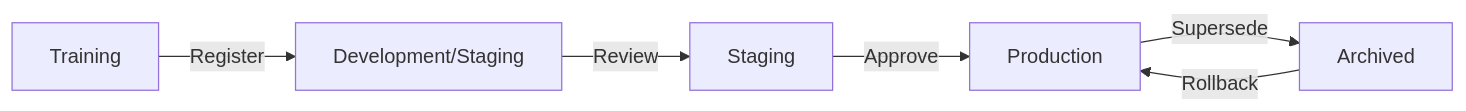
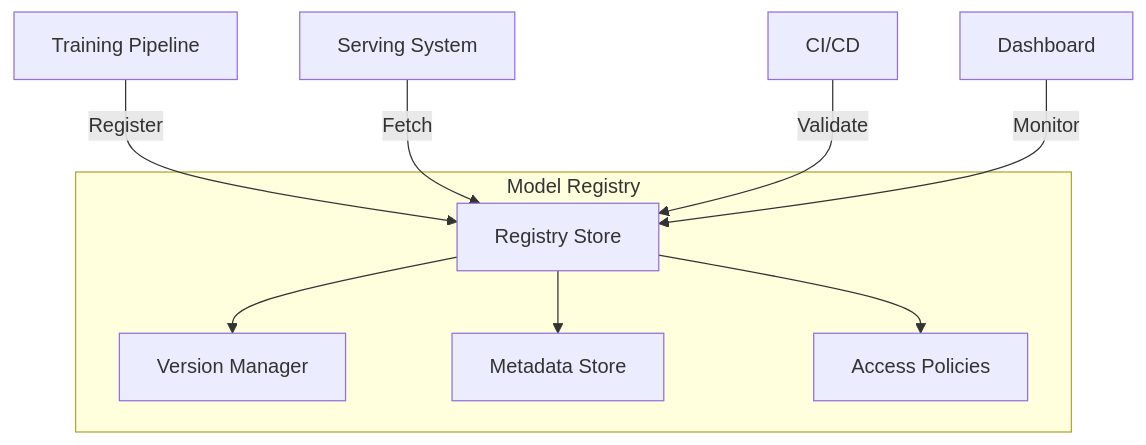
Before and after one commit to vanos001/placement_prep: the second of 2 diagrams in src/ml/mlops/model-registry.md, drawn with Mermaid. The commit also changed other lines of this file and 43 other files, not shown here.

````diff
--- a/src/ml/mlops/model-registry.md
+++ b/src/ml/mlops/model-registry.md
@@ -9,8 +22,18 @@
 ```mermaid
-graph LR
-    A[Training] -->|Register| B[Development/Staging]
-    B -->|Review| C[Staging]
-    C -->|Approve| D[Production]
-    D -->|Supersede| E[Archived]
-    E -->|Rollback| D
+graph TB
+    subgraph "Model Registry"
+        MR[Registry Store]
+        V[Version Manager]
+        M[Metadata Store]
+        AP[Access Policies]
+    end
+    
+    T[Training Pipeline] -->|Register| MR
+    MR --> V
+    MR --> M
+    MR --> AP
+    
+    S[Serving System] -->|Fetch| MR
+    CI[CI/CD] -->|Validate| MR
+    D[Dashboard] -->|Monitor| MR
 ```
````
